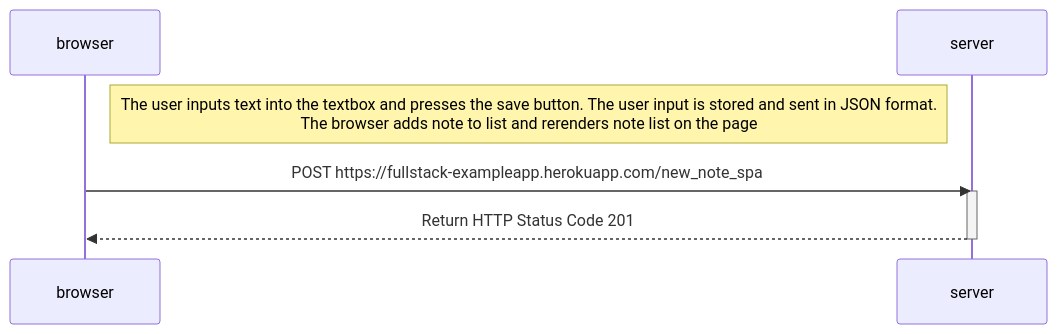
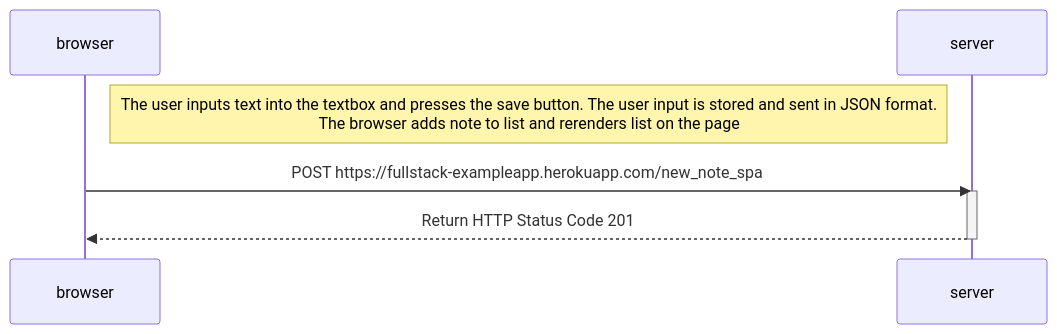
One commit to matheeshan-sivalingam/FullStackOpen changed the diagram in part0/0.6 - New note in Single page app diagram.md. Above: the diagram before and after it, drawn with Mermaid.

Commit message:
Update 0.6 - New note in Single page app diagram.md

````diff
--- a/part0/0.6 - New note in Single page app diagram.md
+++ b/part0/0.6 - New note in Single page app diagram.md
@@ -1,11 +1,11 @@
 ```mermaid
 sequenceDiagram
     participant browser
     participant server
 
-    Note right of browser: The user inputs text into the textbox and presses the save button. The user input is stored and sent in JSON format. <br>The browser adds note to list and rerenders note list on the page
+    Note right of browser: The user inputs text into the textbox and presses the save button. The user input is stored and sent in JSON format. <br>The browser adds note to list and rerenders list on the page
     browser->>server: POST https://fullstack-exampleapp.herokuapp.com/new_note_spa
     activate server
     server-->>browser: Return HTTP Status Code 201
     deactivate server
 ```
````
